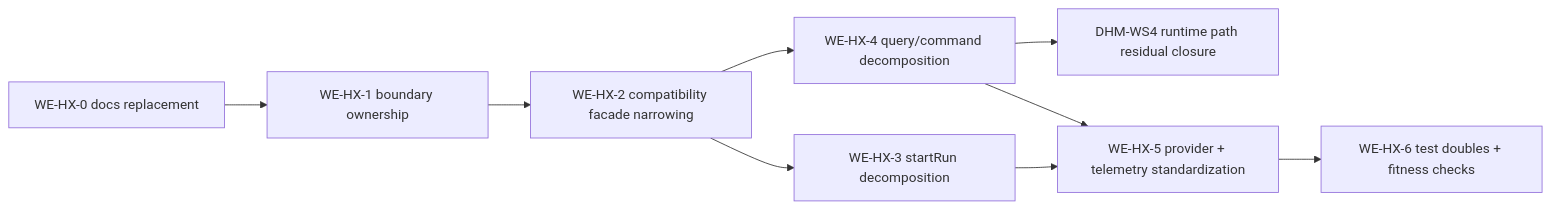
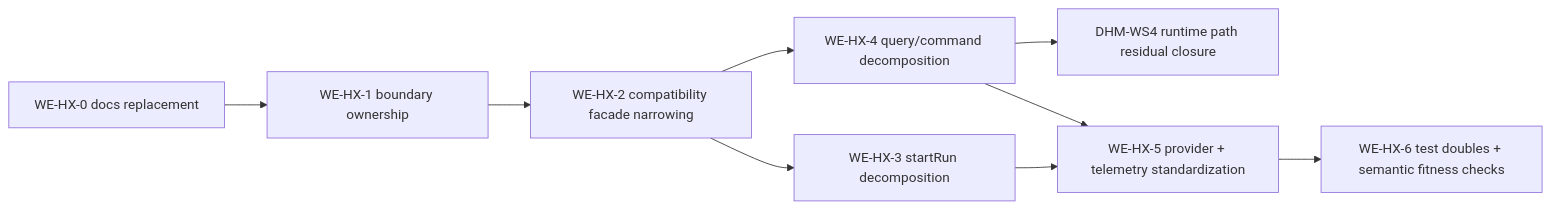
The seventh of 7 diagrams in docs/architecture/components/engine/architecture/workflow-engine-target-architecture.v1.md (dunay2/dvt), drawn with Mermaid before and after one commit. The commit also changed other lines of this file and 20 other files, not shown here.

Commit message:
test(engine): Harden WorkflowEngine boundary fitness

````diff
--- a/docs/architecture/components/engine/architecture/workflow-engine-target-architecture.v1.md
+++ b/docs/architecture/components/engine/architecture/workflow-engine-target-architecture.v1.md
@@ -339,11 +350,11 @@
 ```mermaid
 flowchart LR
   A["WE-HX-0 docs replacement"] --> B["WE-HX-1 boundary ownership"]
   B --> C["WE-HX-2 compatibility facade narrowing"]
   C --> D["WE-HX-3 startRun decomposition"]
   C --> E["WE-HX-4 query/command decomposition"]
   E --> E2["DHM-WS4 runtime path residual closure"]
   D --> F["WE-HX-5 provider + telemetry standardization"]
   E --> F
-  F --> G["WE-HX-6 test doubles + fitness checks"]
+  F --> G["WE-HX-6 test doubles + semantic fitness checks"]
 ```
````
